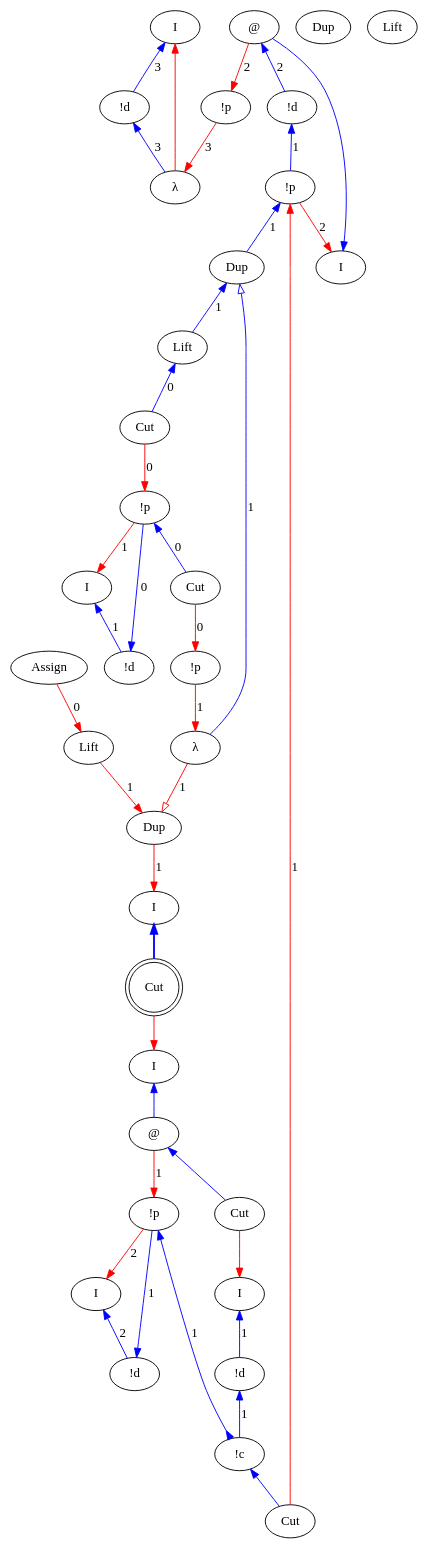
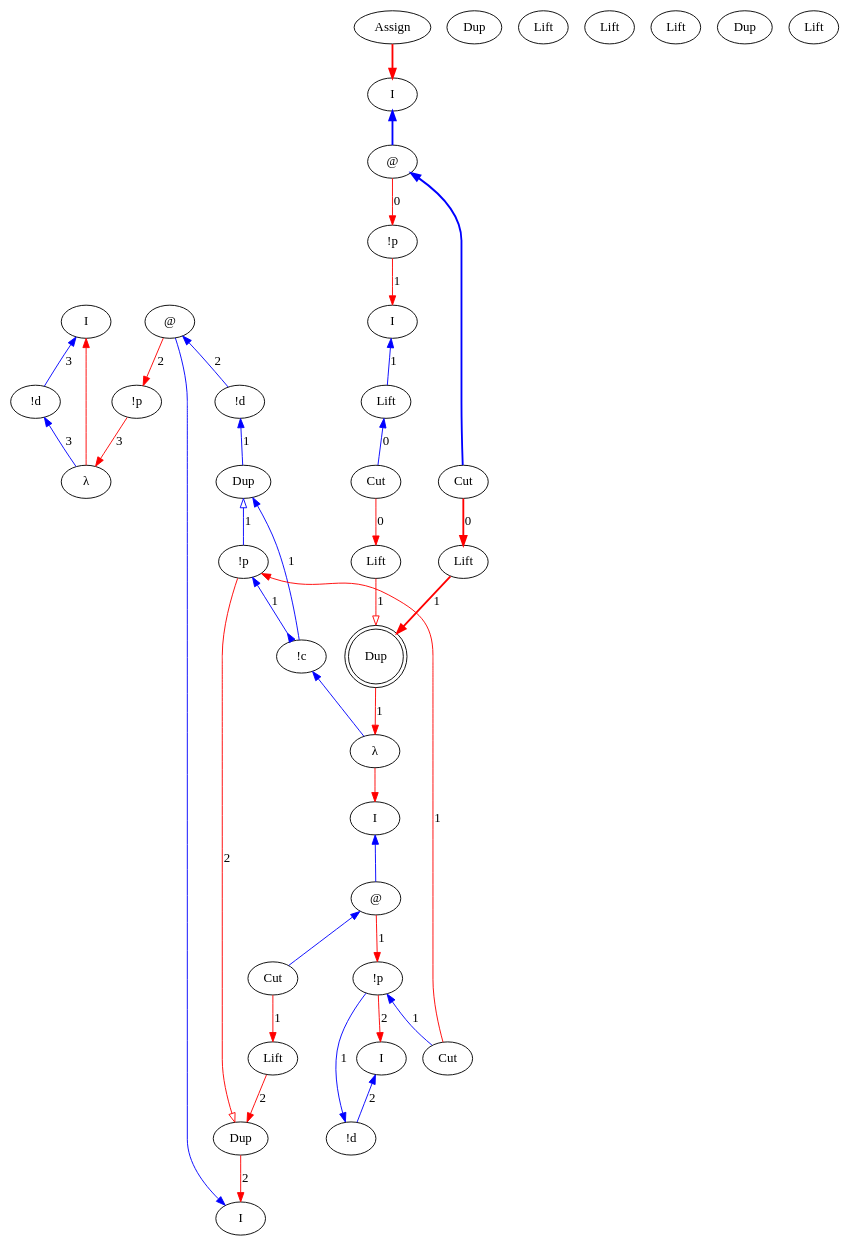
One commit to Mathnerd314/stroscot changed the diagram in src/core/graphs/example_m_13_l.dot. Above: the diagram before and after it, drawn with Graphviz. The commit also changed 88 other files, not shown here.

```diff
--- a/src/core/graphs/example_m_13_l.dot
+++ b/src/core/graphs/example_m_13_l.dot
@@ -1,75 +1,77 @@
 digraph {
 rankdir="TB"
 "I0" [label="I"]
 "!d1" [label="!d"]
 "λ2" [label="λ"]
 "!p3" [label="!p"]
 "I4" [label="I"]
 "@5" [label="@"]
 "!d6" [label="!d"]
-"!p7" [label="!p"]
-"I8" [label="I"]
-"I9" [label="I"]
-"!d10" [label="!d"]
-"!p11" [label="!p"]
-"I12" [label="I"]
-"@13" [label="@"]
+"I7" [label="I"]
+"!d8" [label="!d"]
+"!p9" [label="!p"]
+"I10" [label="I"]
+"@11" [label="@"]
+"λ12" [label="λ"]
+"I13" [label="I"]
 "I14" [label="I"]
-"!d15" [label="!d"]
-"Cut16" [label="Cut"]
-"!c17" [label="!c"]
-"I18" [label="I"]
-"!d19" [label="!d"]
-"!p20" [label="!p"]
-"Assign21" [label="Assign"]
-"Cut22" [label="Cut"]
-"Cut23" [label="Cut",shape=doublecircle]
-"!p24" [label="!p"]
-"Cut25" [label="Cut"]
-"λ26" [label="λ"]
-"Dup27" [label="Dup"]
+"@15" [label="@"]
+"Assign16" [label="Assign"]
+"Dup17" [label="Dup"]
+"Dup18" [label="Dup",shape=doublecircle]
+"Cut19" [label="Cut"]
+"Lift20" [label="Lift"]
+"Lift21" [label="Lift"]
+"!p22" [label="!p"]
+"Cut23" [label="Cut"]
+"Lift24" [label="Lift"]
+"Lift25" [label="Lift"]
+"Lift26" [label="Lift"]
+"Lift27" [label="Lift"]
 "Dup28" [label="Dup"]
 "Dup29" [label="Dup"]
-"Lift30" [label="Lift"]
-"Lift31" [label="Lift"]
-"Lift32" [label="Lift"]
-"Cut33" [label="Cut"]
-"Dup28" -> "Lift31"[color=blue,weight=1,tooltip="h101",label="1",arrowtail=normal,arrowhead=none,dir=both]
-"Dup28" -> "λ26"[color=blue,weight=1,tooltip="h105",label="1",arrowtail=onormal,arrowhead=none,dir=both]
-"Lift31" -> "Cut33"[color=blue,weight=1,tooltip="h109",label="0",arrowtail=normal,arrowhead=none,dir=both]
-"!p7" -> "Dup28"[color=blue,weight=1,tooltip="h34",label="1",arrowtail=normal,arrowhead=none,dir=both]
-"!d6" -> "!p7"[color=blue,weight=1,tooltip="hf65",label="1",arrowtail=normal,arrowhead=none,dir=both]
+"Dup30" [label="Dup"]
+"!p31" [label="!p"]
+"Cut32" [label="Cut"]
+"!c33" [label="!c"]
+"Cut34" [label="Cut"]
+"Lift35" [label="Lift"]
+"Lift36" [label="Lift"]
+"!p31" -> "!c33"[color=blue,weight=1,tooltip="h116",label="1",arrowtail=normal,arrowhead=inv,dir=both]
+"!c33" -> "λ12"[color=blue,weight=1,tooltip="h34",arrowtail=normal,arrowhead=none,dir=both]
+"Dup30" -> "!c33"[color=blue,weight=1,tooltip="hf107",label="1",arrowtail=normal,arrowhead=none,dir=both]
+"Dup30" -> "!p31"[color=blue,weight=1,tooltip="hf113",label="1",arrowtail=onormal,arrowhead=none,dir=both]
+"!d6" -> "Dup30"[color=blue,weight=1,tooltip="hf65",label="1",arrowtail=normal,arrowhead=none,dir=both]
 "!d1" -> "λ2"[color=blue,weight=1,tooltip="i81",label="3",arrowtail=normal,arrowhead=none,dir=both]
 "I0" -> "!d1"[color=blue,weight=1,tooltip="iret84",label="3",arrowtail=normal,arrowhead=none,dir=both]
-"I12" -> "@13"[color=blue,weight=1,tooltip="lret53",arrowtail=normal,arrowhead=none,dir=both]
-"I8" -> "Cut23"[color=blue,weight=1,tooltip="lret62",arrowtail=normal,arrowhead=none,penwidth=2,dir=both]
+"I14" -> "@15"[color=blue,weight=1,tooltip="lret19",arrowtail=normal,arrowhead=none,penwidth=2,dir=both]
+"I10" -> "@11"[color=blue,weight=1,tooltip="lret53",arrowtail=normal,arrowhead=none,dir=both]
 "I4" -> "@5"[color=blue,weight=1,tooltip="lret75",arrowtail=normal,arrowhead=none,dir=both]
-"@13" -> "Cut16"[color=blue,weight=1,tooltip="lval48",arrowtail=normal,arrowhead=none,dir=both]
+"@15" -> "Cut19"[color=blue,weight=1,tooltip="lval14",arrowtail=normal,arrowhead=none,penwidth=2,dir=both]
+"@11" -> "Cut34"[color=blue,weight=1,tooltip="lval48",arrowtail=normal,arrowhead=none,dir=both]
 "@5" -> "!d6"[color=blue,weight=1,tooltip="lval70",label="2",arrowtail=normal,arrowhead=none,dir=both]
-"Cut33" -> "!p20"[color=red,weight=2,tooltip="newrret18",label="0",arrowhead=normal,arrowtail=none,dir=both]
-"@13" -> "!p11"[color=red,weight=2,tooltip="newrret52",label="1",arrowhead=normal,arrowtail=none,dir=both]
-"Cut22" -> "!p7"[color=red,weight=2,tooltip="newrret61",label="1",arrowhead=normal,arrowtail=none,dir=both]
+"Cut32" -> "!p31"[color=red,weight=2,tooltip="newrret117",label="1",arrowhead=normal,arrowtail=none,dir=both]
+"@15" -> "!p22"[color=red,weight=2,tooltip="newrret18",label="0",arrowhead=normal,arrowtail=none,dir=both]
+"@11" -> "!p9"[color=red,weight=2,tooltip="newrret52",label="1",arrowhead=normal,arrowtail=none,dir=both]
 "@5" -> "!p3"[color=red,weight=2,tooltip="newrret74",label="2",arrowhead=normal,arrowtail=none,dir=both]
-"Cut25" -> "!p24"[color=red,weight=2,tooltip="newrret94",label="0",arrowhead=normal,arrowtail=none,dir=both]
-"!p20" -> "I18"[color=red,weight=2,tooltip="newrretf23",label="1",arrowhead=normal,arrowtail=none,dir=both]
-"!p11" -> "I9"[color=red,weight=2,tooltip="newrretf57",label="2",arrowhead=normal,arrowtail=none,dir=both]
-"!p7" -> "I4"[color=red,weight=2,tooltip="newrretf66",label="2",arrowhead=normal,arrowtail=none,dir=both]
+"Lift36" -> "Dup29"[color=red,weight=2,tooltip="newrretf108",label="2",arrowhead=normal,arrowtail=none,dir=both]
+"!p31" -> "Dup29"[color=red,weight=2,tooltip="newrretf114",label="2",arrowhead=onormal,arrowtail=none,dir=both]
+"!p22" -> "I13"[color=red,weight=2,tooltip="newrretf23",label="1",arrowhead=normal,arrowtail=none,dir=both]
+"Dup18" -> "λ12"[color=red,weight=2,tooltip="newrretf31",label="1",arrowhead=normal,arrowtail=none,dir=both]
+"!p9" -> "I7"[color=red,weight=2,tooltip="newrretf57",label="2",arrowhead=normal,arrowtail=none,dir=both]
+"Dup29" -> "I4"[color=red,weight=2,tooltip="newrretf66",label="2",arrowhead=normal,arrowtail=none,dir=both]
 "!p3" -> "λ2"[color=red,weight=2,tooltip="newrretf78",label="3",arrowhead=normal,arrowtail=none,dir=both]
-"!p24" -> "λ26"[color=red,weight=2,tooltip="newrretf92",label="1",arrowhead=normal,arrowtail=none,dir=both]
-"Lift32" -> "Dup29"[color=red,weight=2,tooltip="ret102",label="1",arrowhead=normal,arrowtail=none,dir=both]
-"λ26" -> "Dup29"[color=red,weight=2,tooltip="ret106",label="1",arrowhead=onormal,arrowtail=none,dir=both]
-"Assign21" -> "Lift32"[color=red,weight=2,tooltip="ret110",label="0",arrowhead=normal,arrowtail=none,dir=both]
-"Dup29" -> "I8"[color=red,weight=2,tooltip="ret35",label="1",arrowhead=normal,arrowtail=none,dir=both]
-"Cut23" -> "I12"[color=red,weight=2,tooltip="ret42",arrowhead=normal,arrowtail=none,dir=both]
+"Lift21" -> "Dup18"[color=red,weight=2,tooltip="newrretf87",label="1",arrowhead=normal,arrowtail=none,penwidth=2,dir=both]
+"Lift27" -> "Dup18"[color=red,weight=2,tooltip="newrretf91",label="1",arrowhead=onormal,arrowtail=none,dir=both]
+"λ12" -> "I10"[color=red,weight=2,tooltip="ret42",arrowhead=normal,arrowtail=none,dir=both]
+"Assign16" -> "I14"[color=red,weight=2,tooltip="ret8",arrowhead=normal,arrowtail=none,penwidth=2,dir=both]
 "λ2" -> "I0"[color=red,weight=2,tooltip="ret82",arrowhead=normal,arrowtail=none,dir=both]
-"Cut16" -> "I14"[color=red,weight=2,tooltip="rval49",arrowhead=normal,arrowtail=none,dir=both]
-"!p20" -> "Cut25"[color=blue,weight=1,tooltip="xB10",label="0",arrowtail=normal,arrowhead=none,dir=both]
-"!d19" -> "!p20"[color=blue,weight=1,tooltip="xBf22",label="0",arrowtail=normal,arrowhead=none,dir=both]
-"I18" -> "!d19"[color=blue,weight=1,tooltip="xret26",label="1",arrowtail=normal,arrowhead=none,dir=both]
-"!c17" -> "Cut22"[color=blue,weight=1,tooltip="y41",arrowtail=normal,arrowhead=none,dir=both]
-"!d15" -> "!c17"[color=blue,weight=1,tooltip="yA43",label="1",arrowtail=normal,arrowhead=none,dir=both]
-"!p11" -> "!c17"[color=blue,weight=1,tooltip="yB44",label="1",arrowtail=normal,arrowhead=inv,dir=both]
-"!d10" -> "!p11"[color=blue,weight=1,tooltip="yBf56",label="1",arrowtail=normal,arrowhead=none,dir=both]
-"I14" -> "!d15"[color=blue,weight=1,tooltip="yret51",label="1",arrowtail=normal,arrowhead=none,dir=both]
-"I9" -> "!d10"[color=blue,weight=1,tooltip="yret60",label="2",arrowtail=normal,arrowhead=none,dir=both]
+"Lift26" -> "Cut23"[color=blue,weight=1,tooltip="seqDE104",label="0",arrowtail=normal,arrowhead=none,dir=both]
+"Cut23" -> "Lift27"[color=red,weight=2,tooltip="seqDM102",label="0",arrowhead=normal,arrowtail=none,dir=both]
+"Cut34" -> "Lift36"[color=red,weight=2,tooltip="seqDM121",label="1",arrowhead=normal,arrowtail=none,dir=both]
+"Cut19" -> "Lift21"[color=red,weight=2,tooltip="seqDM96",label="0",arrowhead=normal,arrowtail=none,penwidth=2,dir=both]
+"I13" -> "Lift26"[color=blue,weight=1,tooltip="xret26",label="1",arrowtail=normal,arrowhead=none,dir=both]
+"!p9" -> "Cut32"[color=blue,weight=1,tooltip="yB44",label="1",arrowtail=normal,arrowhead=none,dir=both]
+"!d8" -> "!p9"[color=blue,weight=1,tooltip="yBf56",label="1",arrowtail=normal,arrowhead=none,dir=both]
+"I7" -> "!d8"[color=blue,weight=1,tooltip="yret60",label="2",arrowtail=normal,arrowhead=none,dir=both]
 }
```
